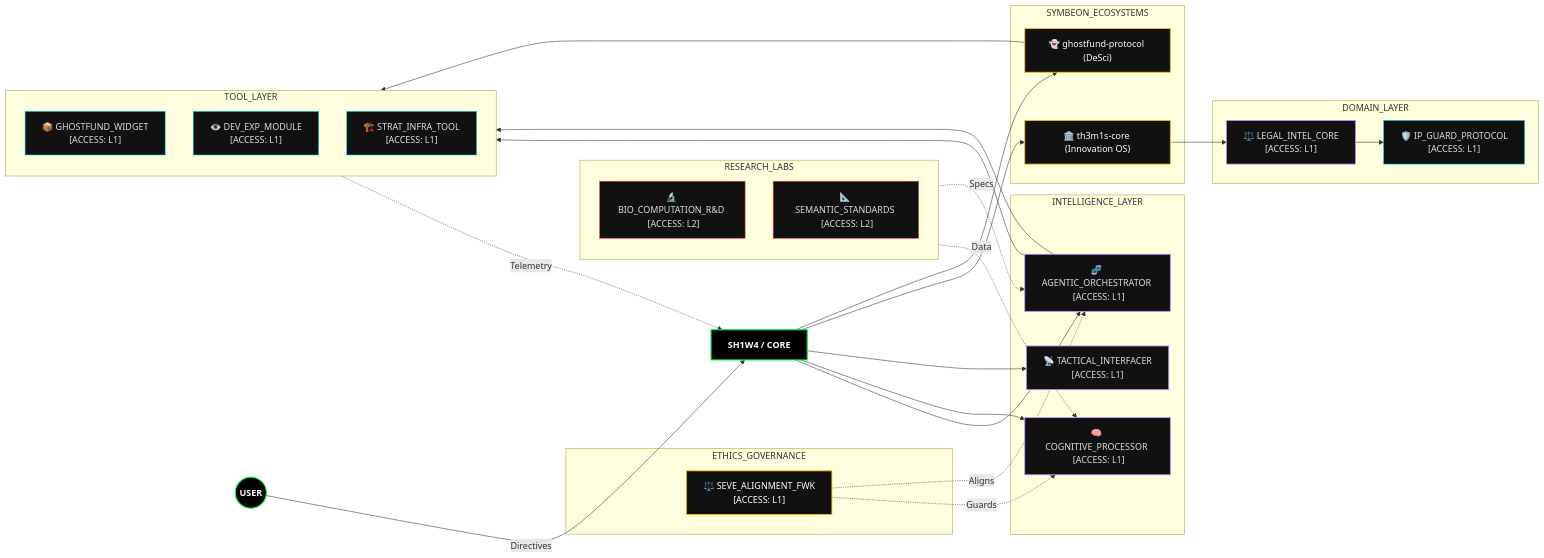
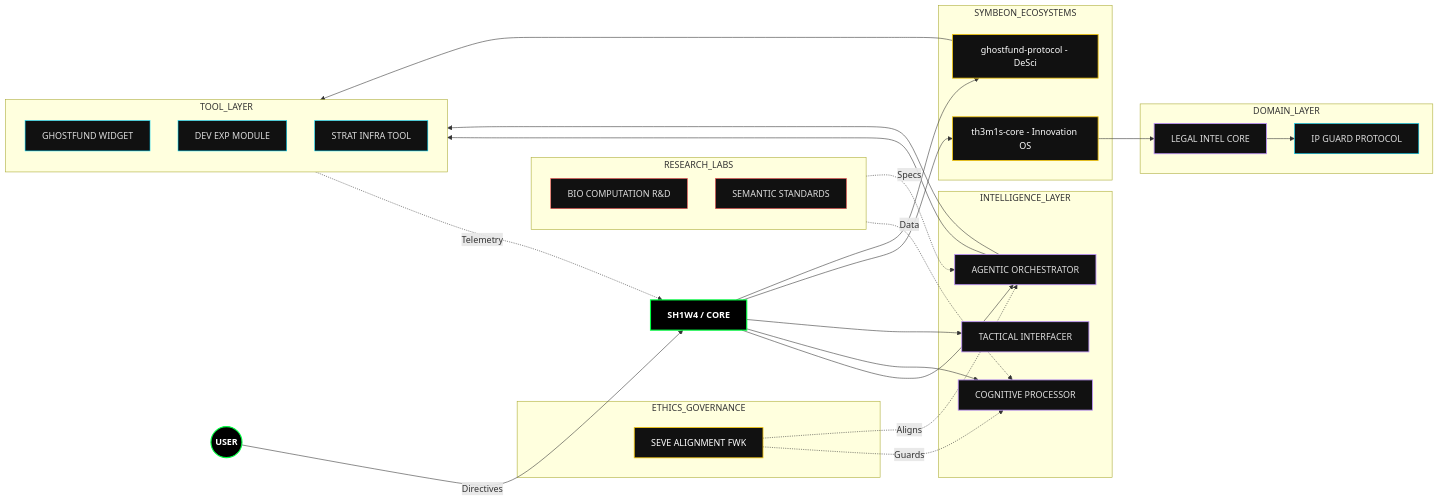
One commit to SH1W4/sh1w4 changed the first of 3 diagrams in README.md. Above: the diagram before and after it, drawn with Mermaid.

Commit message:
fix: ultra-stable Mermaid syntax for GitHub rendering

````diff
--- a/README.md
+++ b/README.md
@@ -91,72 +91,72 @@
 ```mermaid
 %% Cache-Bust: 2026-01-06T23:49:20.744785
 graph LR
     %% Themes & Styles (Pure Cyberpunk Architecture)
     classDef core fill:#000,stroke:#00ff41,stroke-width:2px,color:#fff,font-weight:bold;
     classDef agent fill:#111,stroke:#bd93f9,stroke-width:1.5px,color:#ddd;
     classDef tool fill:#111,stroke:#00d9ff,stroke-width:1px,color:#ddd;
     classDef ethics fill:#111,stroke:#f1c40f,stroke-width:1.5px,color:#fff;
     classDef research fill:#111,stroke:#ff5555,stroke-width:1px,color:#ddd;
     classDef restricted fill:#0d1117,stroke:#333,color:#666,stroke-dasharray: 5 5;
 
     User((USER)):::core -->|Directives| Core[SH1W4 / CORE]:::core
     
     subgraph ETHICS_GOVERNANCE
-        SEVE["⚖️ SEVE_ALIGNMENT_FWK <br/> [ACCESS: L1]"]:::ethics
+        SEVE["SEVE ALIGNMENT FWK"]:::ethics
     end
     
     subgraph RESEARCH_LABS
         direction TB
-        BIO["🔬 BIO_COMPUTATION_R&D <br/> [ACCESS: L2]"]:::research
-        PROTO["📐 SEMANTIC_STANDARDS <br/> [ACCESS: L2]"]:::research
+        BIO["BIO COMPUTATION R&D"]:::research
+        PROTO["SEMANTIC STANDARDS"]:::research
     end
     
     subgraph INTELLIGENCE_LAYER
-        VIREON["🧬 AGENTIC_ORCHESTRATOR <br/> [ACCESS: L1]"]:::agent
-        TRINITY["🧠 COGNITIVE_PROCESSOR <br/> [ACCESS: L1]"]:::agent
-        AIDEN["📡 TACTICAL_INTERFACER <br/> [ACCESS: L1]"]:::agent
+        VIREON["AGENTIC ORCHESTRATOR"]:::agent
+        TRINITY["COGNITIVE PROCESSOR"]:::agent
+        AIDEN["TACTICAL INTERFACER"]:::agent
     end
 
     subgraph SYMBEON_ECOSYSTEMS
-        T_CORE["🏛️ th3m1s-core (Innovation OS)"]:::ethics
-        G_FUND["👻 ghostfund-protocol (DeSci)"]:::ethics
+        T_CORE["th3m1s-core - Innovation OS"]:::ethics
+        G_FUND["ghostfund-protocol - DeSci"]:::ethics
     end
 
     subgraph DOMAIN_LAYER
-        LEGAL["⚖️ LEGAL_INTEL_CORE <br/> [ACCESS: L1]"]:::agent
-        SHIELD["🛡️ IP_GUARD_PROTOCOL <br/> [ACCESS: L1]"]:::tool
+        LEGAL["LEGAL INTEL CORE"]:::agent
+        SHIELD["IP GUARD PROTOCOL"]:::tool
     end
 
     subgraph TOOL_LAYER
         direction TB
-        GF_WIDGET["📦 GHOSTFUND_WIDGET <br/> [ACCESS: L1]"]:::tool
-        DX_KIT["👁️ DEV_EXP_MODULE <br/> [ACCESS: L1]"]:::tool
-        ARKITECH["🏗️ STRAT_INFRA_TOOL <br/> [ACCESS: L1]"]:::tool
+        GF_WIDGET["GHOSTFUND WIDGET"]:::tool
+        DX_KIT["DEV EXP MODULE"]:::tool
+        ARKITECH["STRAT INFRA TOOL"]:::tool
     end
 
     %% Connections
     Core --> VIREON
     Core --> TRINITY
     Core --> AIDEN
     Core --> T_CORE
     Core --> G_FUND
 
     T_CORE --> LEGAL
     LEGAL --> SHIELD
     
     G_FUND --> GF_WIDGET
     VIREON --> DX_KIT
     VIREON --> ARKITECH
 
     %% Strategic Relationship Links
     SEVE -.->|Guards| TRINITY
     SEVE -.->|Aligns| VIREON
     BIO -.->|Data| TRINITY
     PROTO -.->|Specs| VIREON
     DX_KIT -.->|Telemetry| Core
     
-    %% Implicit Vertical Order (Invisibly pinning Labs to bottom)
+    %% Implicit Vertical Order
     User ~~~ SEVE
     User ~~~ BIO
 
 ```
````
